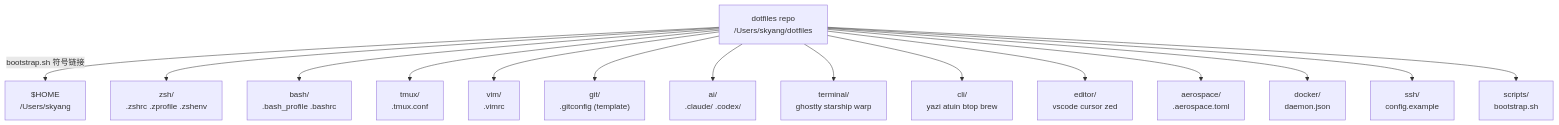
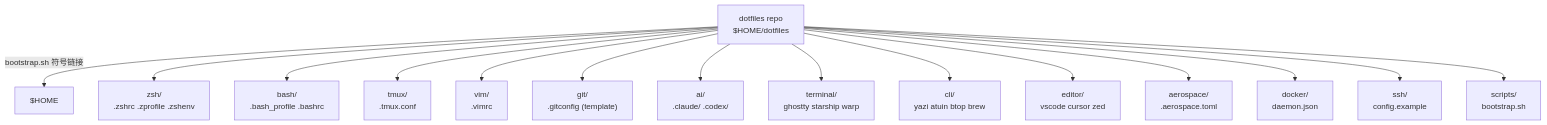
Before and after one commit to SKYangg/dotfiles: the diagram in CLAUDE.md, drawn with Mermaid. The commit also changed other lines of this file and 23 other files, not shown here.

````diff
--- a/CLAUDE.md
+++ b/CLAUDE.md
@@ -30,21 +31,21 @@
 ```mermaid
 graph TD
-  ROOT["dotfiles repo\n/Users/skyang/dotfiles"]
-  HOME["$HOME\n/Users/skyang"]
+  ROOT["dotfiles repo\n$HOME/dotfiles"]
+  HOME["$HOME"]
 
   ROOT --> |bootstrap.sh 符号链接| HOME
 
   ROOT --> ZSH["zsh/\n.zshrc .zprofile .zshenv"]
   ROOT --> BASH["bash/\n.bash_profile .bashrc"]
   ROOT --> TMUX["tmux/\n.tmux.conf"]
   ROOT --> VIM["vim/\n.vimrc"]
   ROOT --> GIT["git/\n.gitconfig (template)"]
   ROOT --> AI["ai/\n.claude/ .codex/"]
   ROOT --> TERM["terminal/\nghostty starship warp"]
   ROOT --> CLI["cli/\nyazi atuin btop brew"]
   ROOT --> EDITOR["editor/\nvscode cursor zed"]
   ROOT --> AERO["aerospace/\n.aerospace.toml"]
   ROOT --> DOCKER["docker/\ndaemon.json"]
   ROOT --> SSH["ssh/\nconfig.example"]
   ROOT --> SCRIPTS["scripts/\nbootstrap.sh"]
 ```
````
